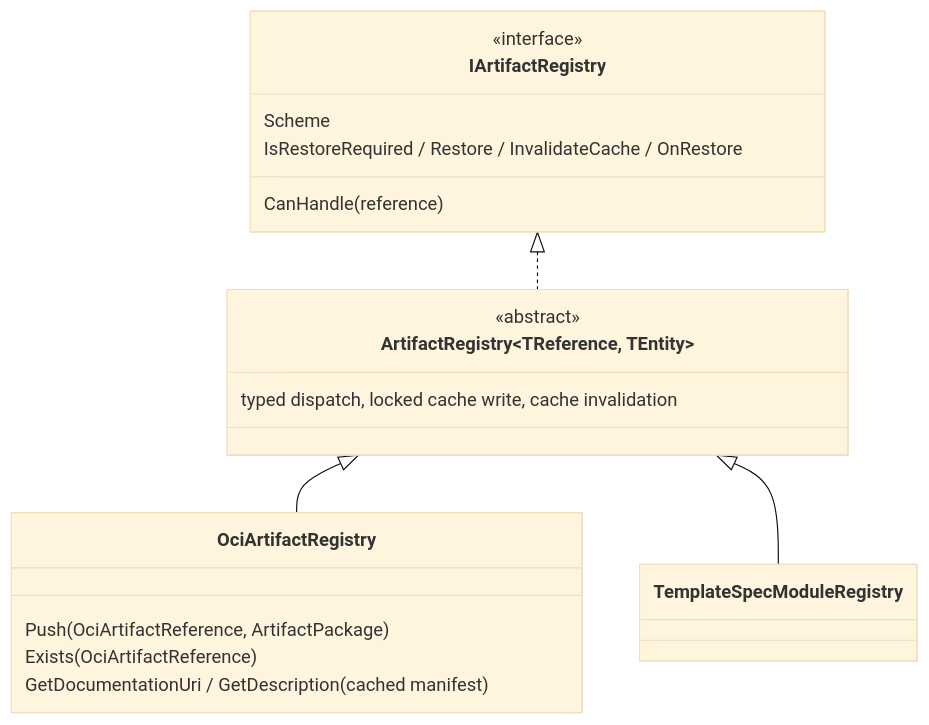
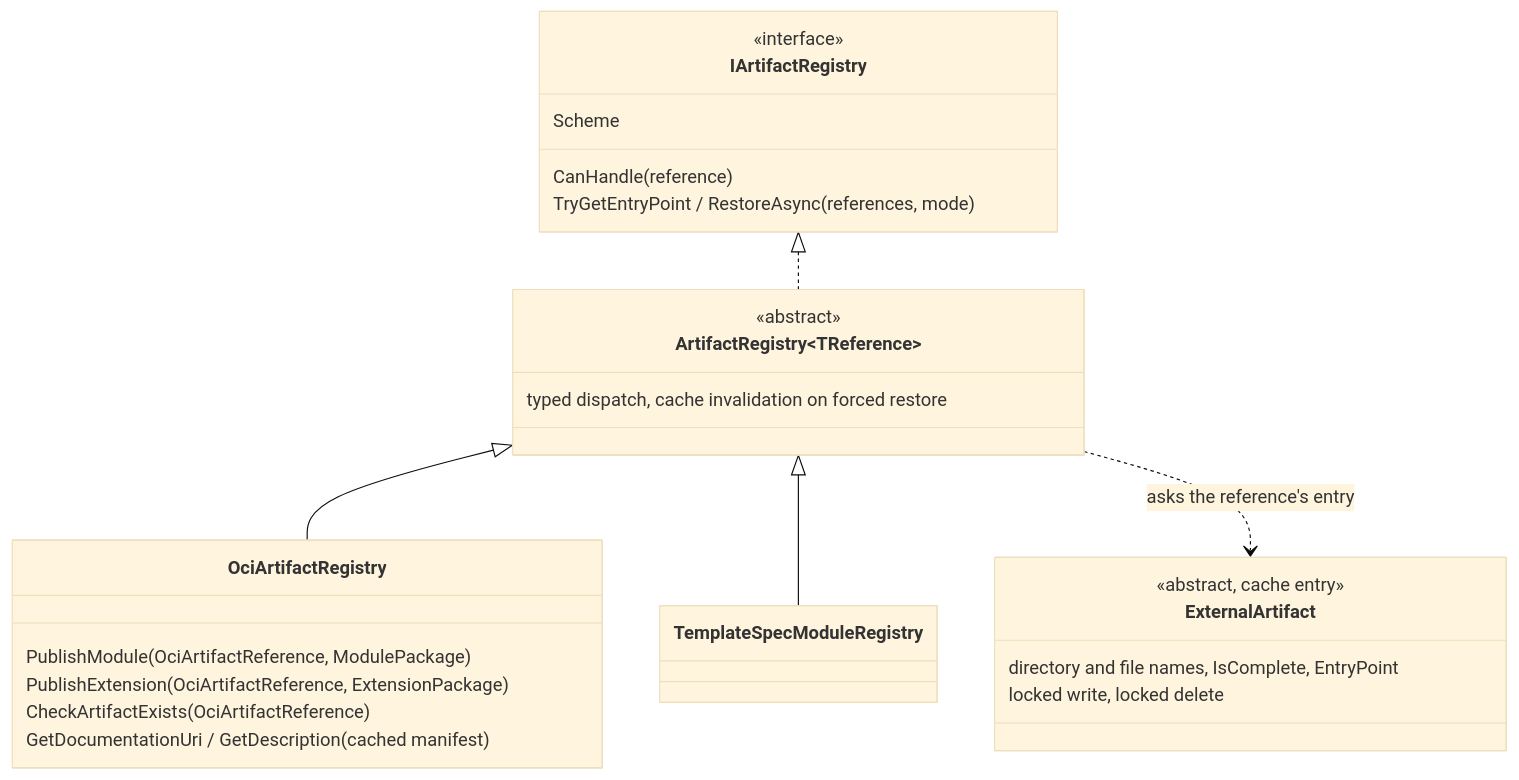
Before and after one commit to Azure/bicep: the third of 3 diagrams in docs/design/rep-0022-implementation-plan.md, drawn with Mermaid (base theme). The commit also changed other lines of this file and 58 other files, not shown here.

First line of the commit message:
REP 0022 Phase 0.8a: registry, publish and cache cuts

````diff
--- a/docs/design/rep-0022-implementation-plan.md
+++ b/docs/design/rep-0022-implementation-plan.md
@@ -228,19 +227,26 @@
 ```mermaid
 classDiagram
   class IArtifactRegistry {
     <<interface>>
     Scheme
     CanHandle(reference)
-    IsRestoreRequired / Restore / InvalidateCache / OnRestore
+    TryGetEntryPoint / RestoreAsync(references, mode)
   }
-  class ArtifactRegistry~TReference, TEntity~ {
+  class ArtifactRegistry~TReference~ {
     <<abstract>>
-    typed dispatch, locked cache write, cache invalidation
+    typed dispatch, cache invalidation on forced restore
   }
-  IArtifactRegistry <|.. ArtifactRegistry~TReference, TEntity~
-  ArtifactRegistry~TReference, TEntity~ <|-- OciArtifactRegistry
-  ArtifactRegistry~TReference, TEntity~ <|-- TemplateSpecModuleRegistry
-  OciArtifactRegistry : Push(OciArtifactReference, ArtifactPackage)
-  OciArtifactRegistry : Exists(OciArtifactReference)
+  class ExternalArtifact {
+    <<abstract, cache entry>>
+    directory and file names, IsComplete, EntryPoint
+    locked write, locked delete
+  }
+  IArtifactRegistry <|.. ArtifactRegistry~TReference~
+  ArtifactRegistry~TReference~ <|-- OciArtifactRegistry
+  ArtifactRegistry~TReference~ <|-- TemplateSpecModuleRegistry
+  ArtifactRegistry~TReference~ ..> ExternalArtifact : asks the reference's entry
+  OciArtifactRegistry : PublishModule(OciArtifactReference, ModulePackage)
+  OciArtifactRegistry : PublishExtension(OciArtifactReference, ExtensionPackage)
+  OciArtifactRegistry : CheckArtifactExists(OciArtifactReference)
   OciArtifactRegistry : GetDocumentationUri / GetDescription (cached manifest)
 ```
````
